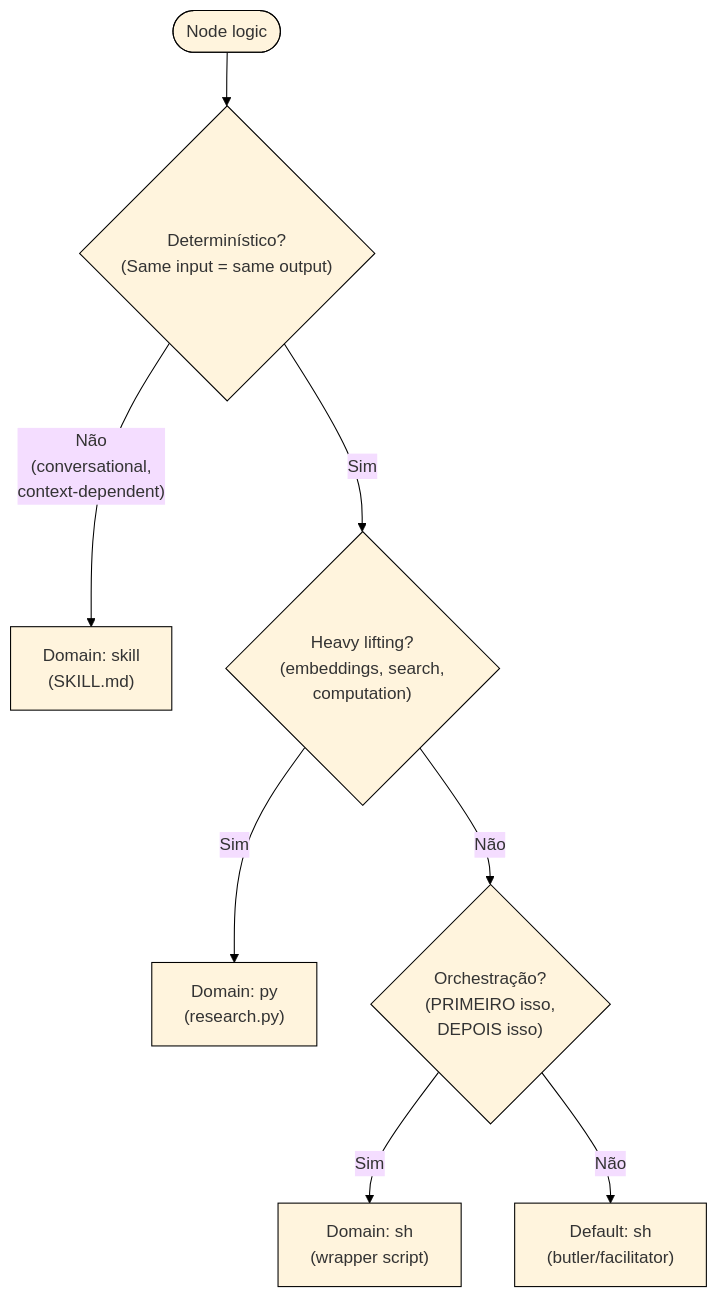
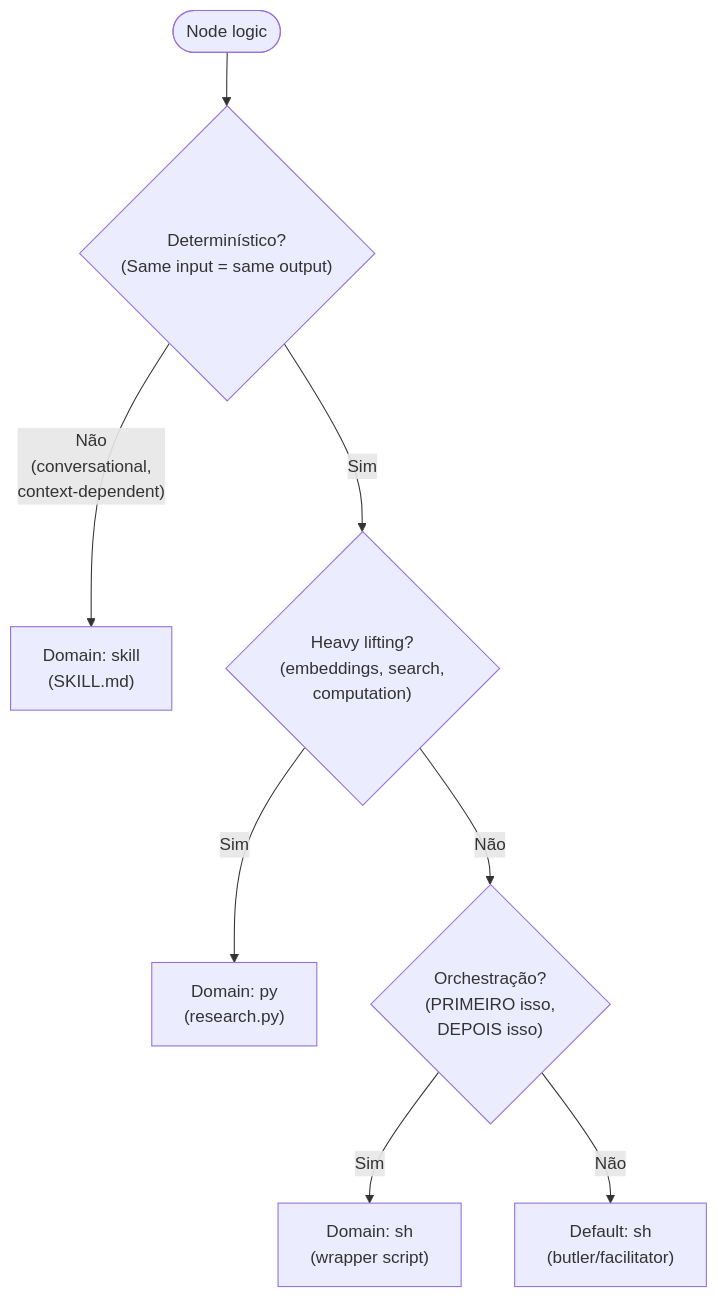
The second of 2 diagrams in backstage/epic-notes/v0.15.0-skill-protocol.md (nonlinear/librarian), drawn with Mermaid before and after one commit. The commit also changed other lines of this file, not shown here.

Commit message:
contract: Remove theme init + restore classDef (Mermaid needs it)

````diff
--- a/backstage/epic-notes/v0.15.0-skill-protocol.md
+++ b/backstage/epic-notes/v0.15.0-skill-protocol.md
@@ -189,15 +195,14 @@
 ```mermaid
-%%{init: {'theme':'base', 'themeVariables': {'primaryBorderColor':'#000', 'lineColor':'#000'}}}%%
 flowchart TB
     START(["Node logic"])
     START --> Q1{"Determinístico?<br>(Same input = same output)"}
     
     Q1 -->|"Não<br>(conversational,<br>context-dependent)"| SKILL["Domain: skill<br>(SKILL.md)"]
     Q1 -->|"Sim"| Q2{"Heavy lifting?<br>(embeddings, search,<br>computation)"}
     
     Q2 -->|"Sim"| PY["Domain: py<br>(research.py)"]
     Q2 -->|"Não"| Q3{"Orchestração?<br>(PRIMEIRO isso,<br>DEPOIS isso)"}
     
     Q3 -->|"Sim"| SH["Domain: sh<br>(wrapper script)"]
     Q3 -->|"Não"| UNCLEAR["Default: sh<br>(butler/facilitator)"]
 ```
````
